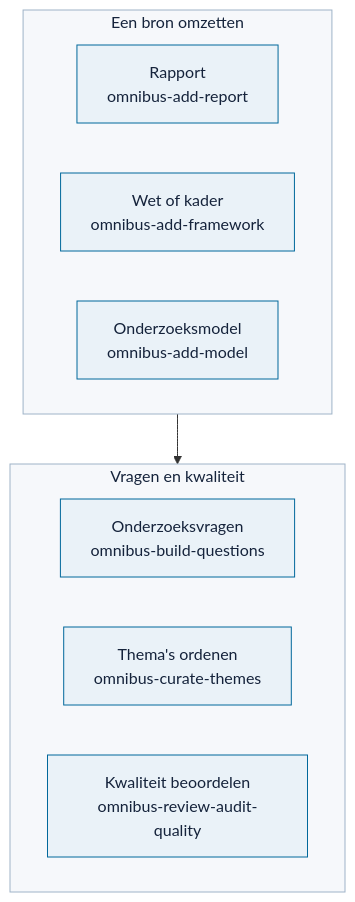
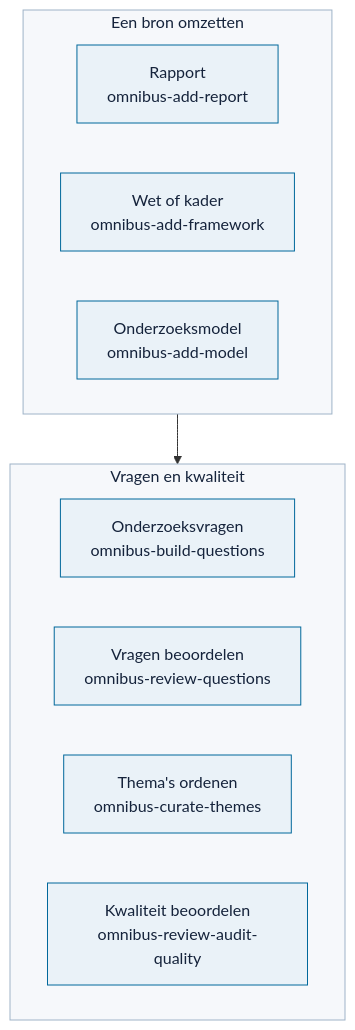
One commit to Robert-Worm/omnibus changed the diagram in skills/README.md. Above: the diagram before and after it, drawn with Mermaid. The commit also changed other lines of this file and 19 other files, not shown here.

First line of the commit message:
Vraagkwaliteit: geen bedachte interviewvragen, vaste voorcontrole en skill omnibus-review-questions

````diff
--- a/skills/README.md
+++ b/skills/README.md
@@ -11,17 +11,18 @@
 ```mermaid
 flowchart TD
     subgraph Bron["Een bron omzetten"]
         R["Rapport<br/>omnibus-add-report"]
         F["Wet of kader<br/>omnibus-add-framework"]
         M["Onderzoeksmodel<br/>omnibus-add-model"]
     end
     subgraph Kwaliteit["Vragen en kwaliteit"]
         Q["Onderzoeksvragen<br/>omnibus-build-questions"]
+        V["Vragen beoordelen<br/>omnibus-review-questions"]
         T["Thema's ordenen<br/>omnibus-curate-themes"]
         K["Kwaliteit beoordelen<br/>omnibus-review-audit-quality"]
     end
     Bron --> Kwaliteit
     classDef default fill:#eaf2f8,stroke:#01689b,color:#15233b;
     classDef groep fill:#f6f8fb,stroke:#9fb3c8,color:#15233b;
     class Bron,Kwaliteit groep;
 ```
````
